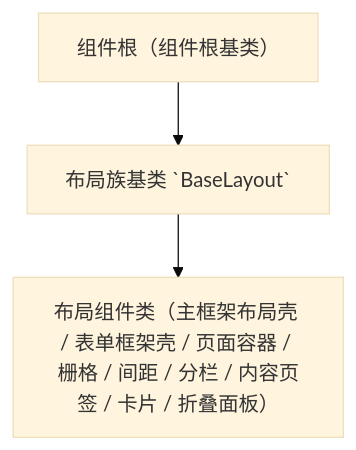
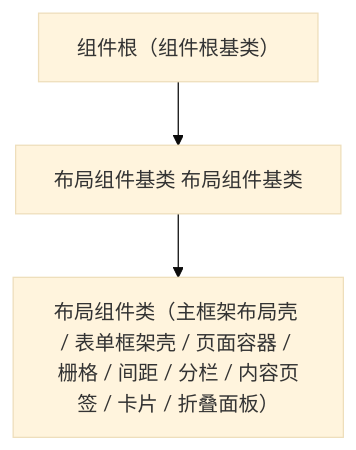
One commit to minjian123/basic-management-system changed the diagram in bms文档/设计/组件设计/02_基础组件类/02_能力类/07_组件设计_布局能力/07_组件设计_布局能力.md. Above: the diagram before and after it, drawn with Mermaid (base theme). The commit also changed other lines of this file and 108 other files, not shown here.

````diff
--- a/bms文档/设计/组件设计/02_基础组件类/02_能力类/07_组件设计_布局能力/07_组件设计_布局能力.md
+++ b/bms文档/设计/组件设计/02_基础组件类/02_能力类/07_组件设计_布局能力/07_组件设计_布局能力.md
@@ -16,5 +16,5 @@
 ```mermaid
 flowchart TD
-    COMP["组件根（组件根基类）"] --> LAY["布局族基类 `BaseLayout`"]
+    COMP["组件根（组件根基类）"] --> LAY["布局组件基类 布局组件基类"]
     LAY --> L["布局组件类（主框架布局壳 / 表单框架壳 / 页面容器 / 栅格 / 间距 / 分栏 / 内容页签 / 卡片 / 折叠面板）"]
 ```
````
